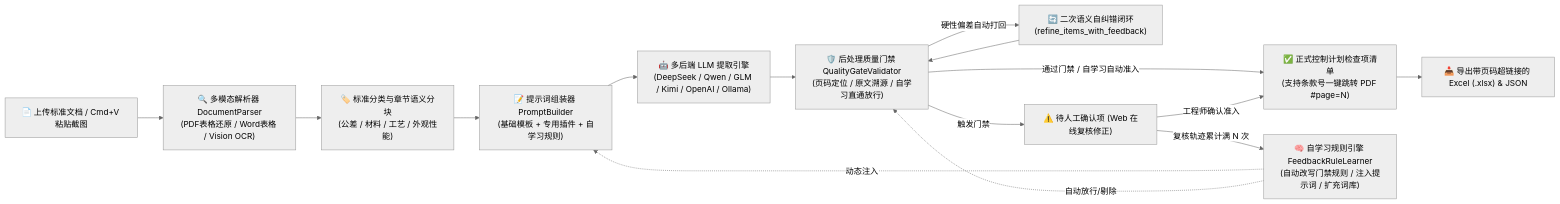
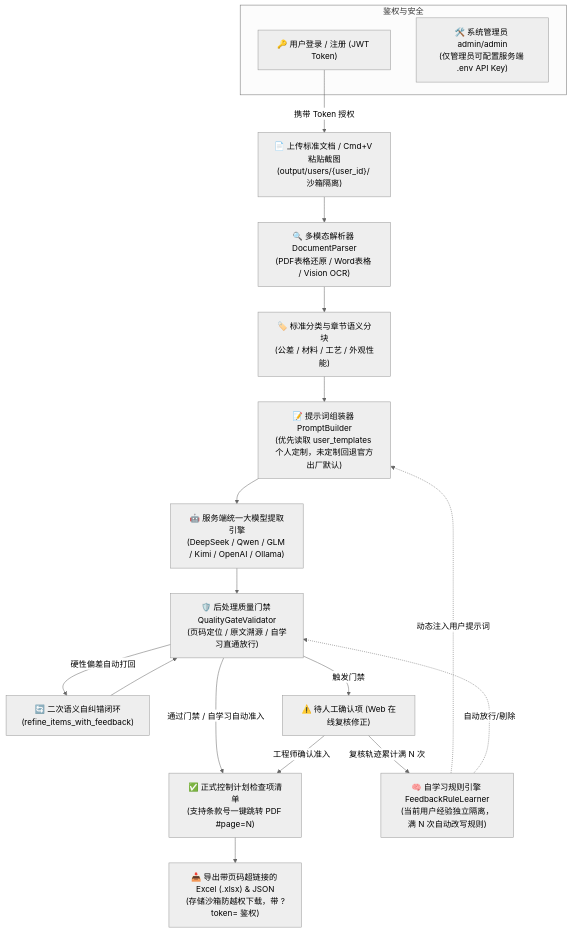
One commit to jxtanchris/cp-extractor changed the diagram in README.md. Above: the diagram before and after it, drawn with Mermaid (neutral theme). The commit also changed other lines of this file and 1 other file, not shown here.

````diff
--- a/README.md
+++ b/README.md
@@ -57,17 +65,23 @@
 ```mermaid
-flowchart LR
-    A["📄 上传标准文档 / Cmd+V 粘贴截图"] --> B["🔍 多模态解析器 DocumentParser\n(PDF表格还原 / Word表格 / Vision OCR)"]
+flowchart TD
+    subgraph 鉴权与安全
+        AUTH["🔑 用户登录 / 注册 (JWT Token)"]
+        ADMIN["🛠️ 系统管理员 admin/admin\n(仅管理员可配置服务端 .env API Key)"]
+    end
+
+    AUTH -->|携带 Token 授权| A["📄 上传标准文档 / Cmd+V 粘贴截图\n(output/users/{user_id}/ 沙箱隔离)"]
+    A --> B["🔍 多模态解析器 DocumentParser\n(PDF表格还原 / Word表格 / Vision OCR)"]
     B --> C["🏷️ 标准分类与章节语义分块\n(公差 / 材料 / 工艺 / 外观性能)"]
-    C --> D["📝 提示词组装器 PromptBuilder\n(基础模板 + 专用插件 + 自学习规则)"]
-    D --> E["🤖 多后端 LLM 提取引擎\n(DeepSeek / Qwen / GLM / Kimi / OpenAI / Ollama)"]
+    C --> D["📝 提示词组装器 PromptBuilder\n(优先读取 user_templates 个人定制，未定制回退官方出厂默认)"]
+    D --> E["🤖 服务端统一大模型提取引擎\n(DeepSeek / Qwen / GLM / Kimi / OpenAI / Ollama)"]
     E --> F["🛡️ 后处理质量门禁 QualityGateValidator\n(页码定位 / 原文溯源 / 自学习直通放行)"]
     F -->|硬性偏差自动打回| R["🔄 二次语义自纠错闭环\n(refine_items_with_feedback)"]
     R --> F
     F -->|通过门禁 / 自学习自动准入| G["✅ 正式控制计划检查项清单\n(支持条款号一键跳转 PDF #page=N)"]
     F -->|触发门禁| H["⚠️ 待人工确认项 (Web 在线复核修正)"]
     H -->|工程师确认准入| G
-    H -->|复核轨迹累计满 N 次| L["🧠 自学习规则引擎 FeedbackRuleLearner\n(自动改写门禁规则 / 注入提示词 / 扩充词库)"]
-    L -.->|动态注入| D
+    H -->|复核轨迹累计满 N 次| L["🧠 自学习规则引擎 FeedbackRuleLearner\n(当前用户经验独立隔离，满 N 次自动改写规则)"]
+    L -.->|动态注入用户提示词| D
     L -.->|自动放行/剔除| F
-    G --> I["📥 导出带页码超链接的 Excel (.xlsx) & JSON"]
+    G --> I["📥 导出带页码超链接的 Excel (.xlsx) & JSON\n(存储沙箱防越权下载，带 ?token= 鉴权)"]
 ```
````
